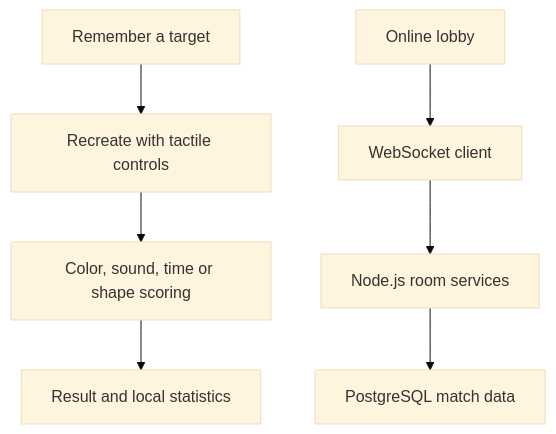
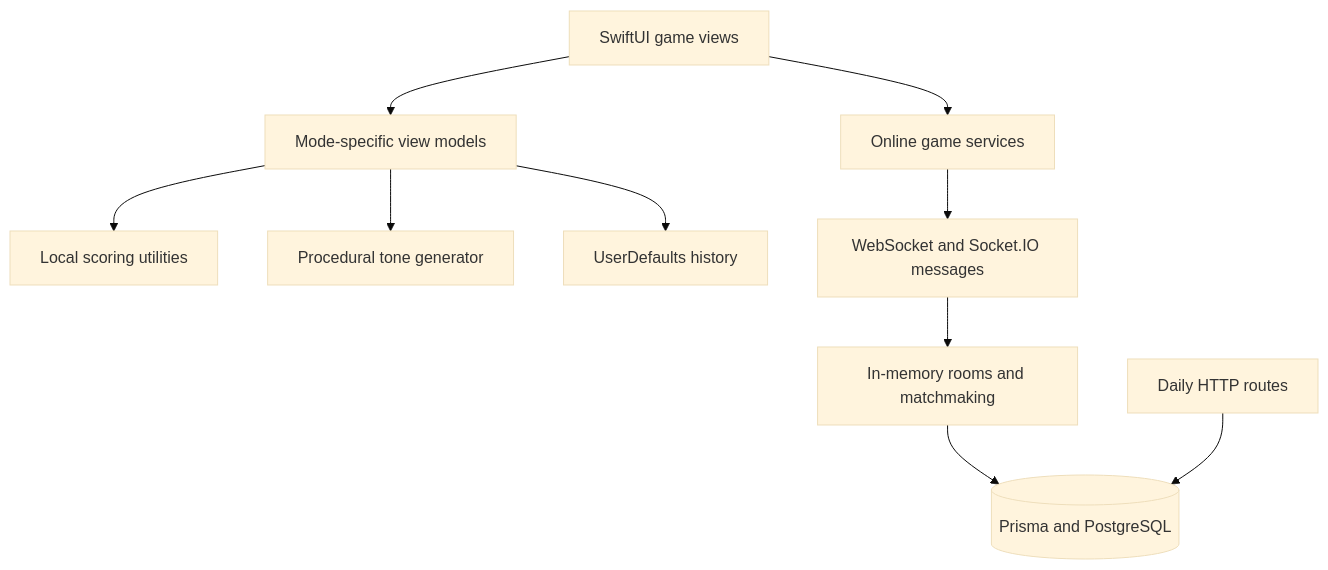
Before and after one commit to Zodomik/hue-game-showcase: the diagram in docs/ENGINEERING.md, drawn with Mermaid (base theme). The commit also changed other lines of this file and 3 other files, not shown here.

Commit message:
Document architecture, data models and implementation details

````diff
--- a/docs/ENGINEERING.md
+++ b/docs/ENGINEERING.md
@@ -7,9 +19,12 @@
 ```mermaid
 flowchart TD
-A[Remember a target] --> B[Recreate with tactile controls]
-B --> C[Color, sound, time or shape scoring]
-C --> D[Result and local statistics]
-E[Online lobby] --> F[WebSocket client]
-F --> G[Node.js room services]
-G --> H[PostgreSQL match data]
+    UI[SwiftUI game views] --> VM[Mode-specific view models]
+    VM --> Score[Local scoring utilities]
+    VM --> Audio[Procedural tone generator]
+    VM --> Local[UserDefaults history]
+    UI --> Online[Online game services]
+    Online --> Socket[WebSocket and Socket.IO messages]
+    Socket --> Rooms[In-memory rooms and matchmaking]
+    Rooms --> DB[(Prisma and PostgreSQL)]
+    Daily[Daily HTTP routes] --> DB
 ```
````
